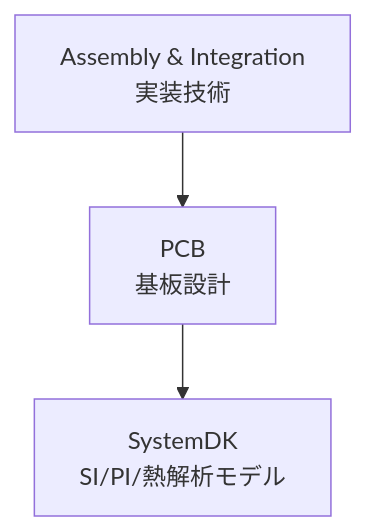
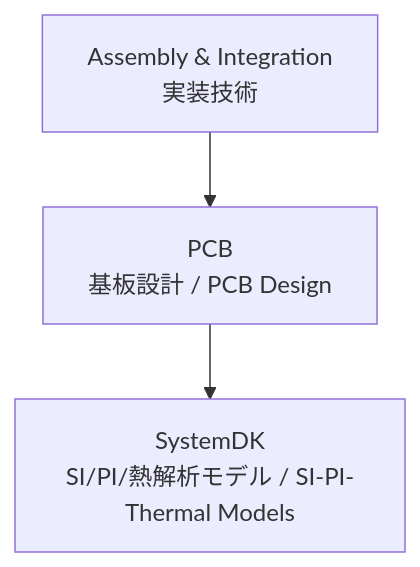
Before and after one commit to Samizo-AITL/Edusemi-Plus: the diagram in Assembly-Integration/PCB/README.md, drawn with Mermaid. The commit also changed other lines of this file, not shown here.

````diff
--- a/Assembly-Integration/PCB/README.md
+++ b/Assembly-Integration/PCB/README.md
@@ -42,5 +41,5 @@
 ```mermaid
 graph TD
-  A[Assembly & Integration<br/>実装技術] --> B[PCB<br/>基板設計]
-  B --> C[SystemDK<br/>SI/PI/熱解析モデル]
+  A[Assembly & Integration<br/>実装技術] --> B[PCB<br/>基板設計 / PCB Design]
+  B --> C[SystemDK<br/>SI/PI/熱解析モデル / SI-PI-Thermal Models]
 ```
````
